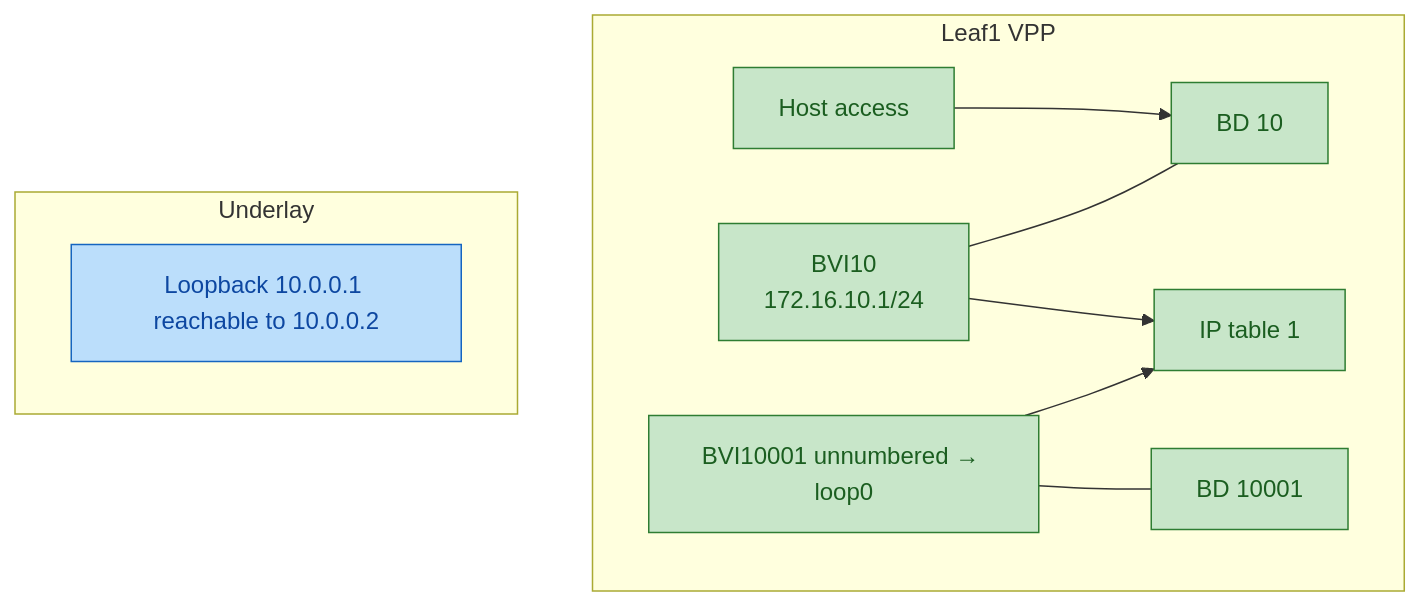
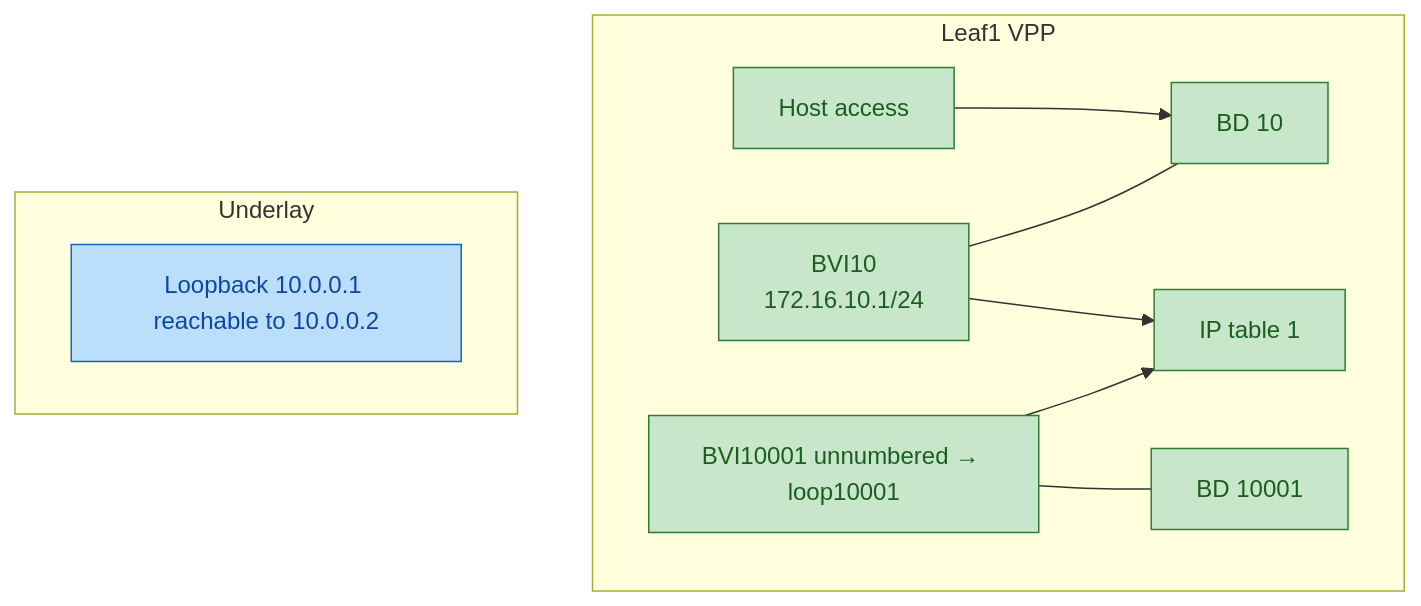
The first of 8 diagrams in README.md (exergy-connect/vpp-evpn-plugin), drawn with Mermaid before and after one commit. The commit also changed other lines of this file and 3 other files, not shown here.

````diff
--- a/README.md
+++ b/README.md
@@ -132,23 +135,23 @@
 ```mermaid
 flowchart TB
   subgraph L1["Leaf1 VPP"]
     H1["Host access"]
     BD10["BD 10"]
     BVI10["BVI10<br/>172.16.10.1/24"]
     T1["IP table 1"]
     BD3["BD 10001"]
-    BVI3["BVI10001 unnumbered → loop0"]
+    BVI3["BVI10001 unnumbered → loop10001"]
     H1 --> BD10
     BVI10 --- BD10
     BVI10 --> T1
     BVI3 --- BD3
     BVI3 --> T1
   end
   subgraph UND["Underlay"]
     LO["Loopback 10.0.0.1 reachable to 10.0.0.2"]
   end
   classDef exists fill:#c8e6c9,stroke:#2e7d32,color:#1b5e20
   classDef underlay fill:#bbdefb,stroke:#1565c0,color:#0d47a1
   class H1,BD10,BVI10,T1,BD3,BVI3 exists
   class LO underlay
 ```
````
